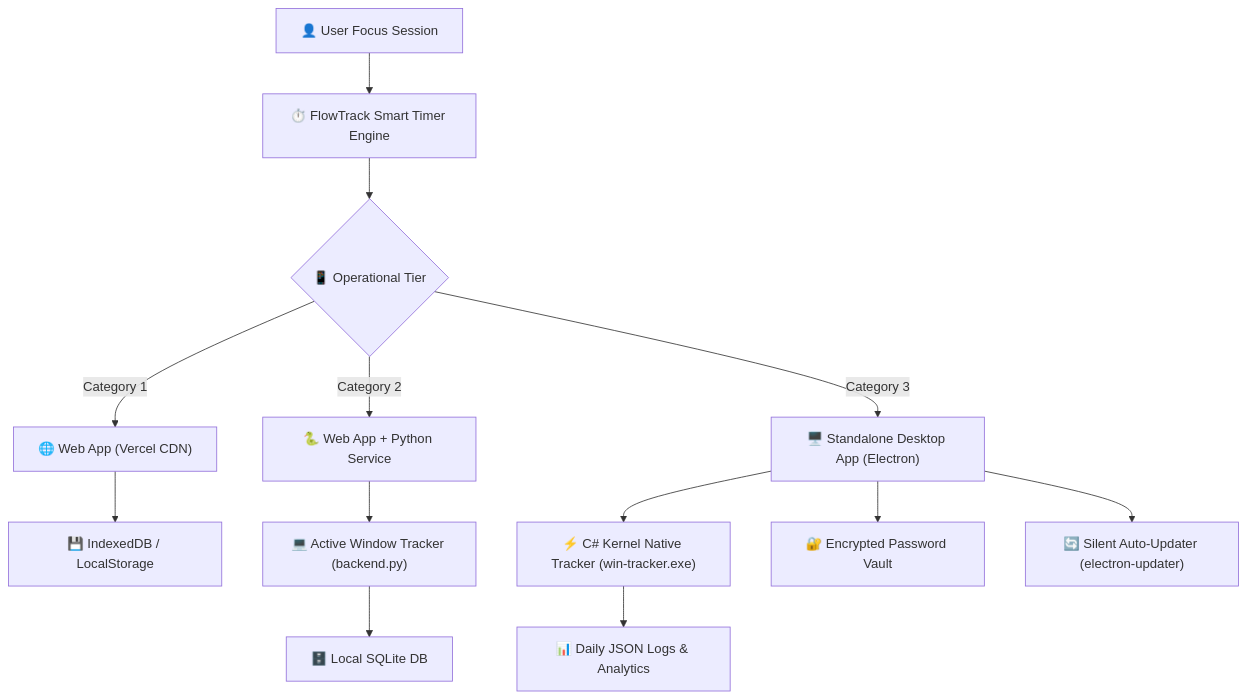
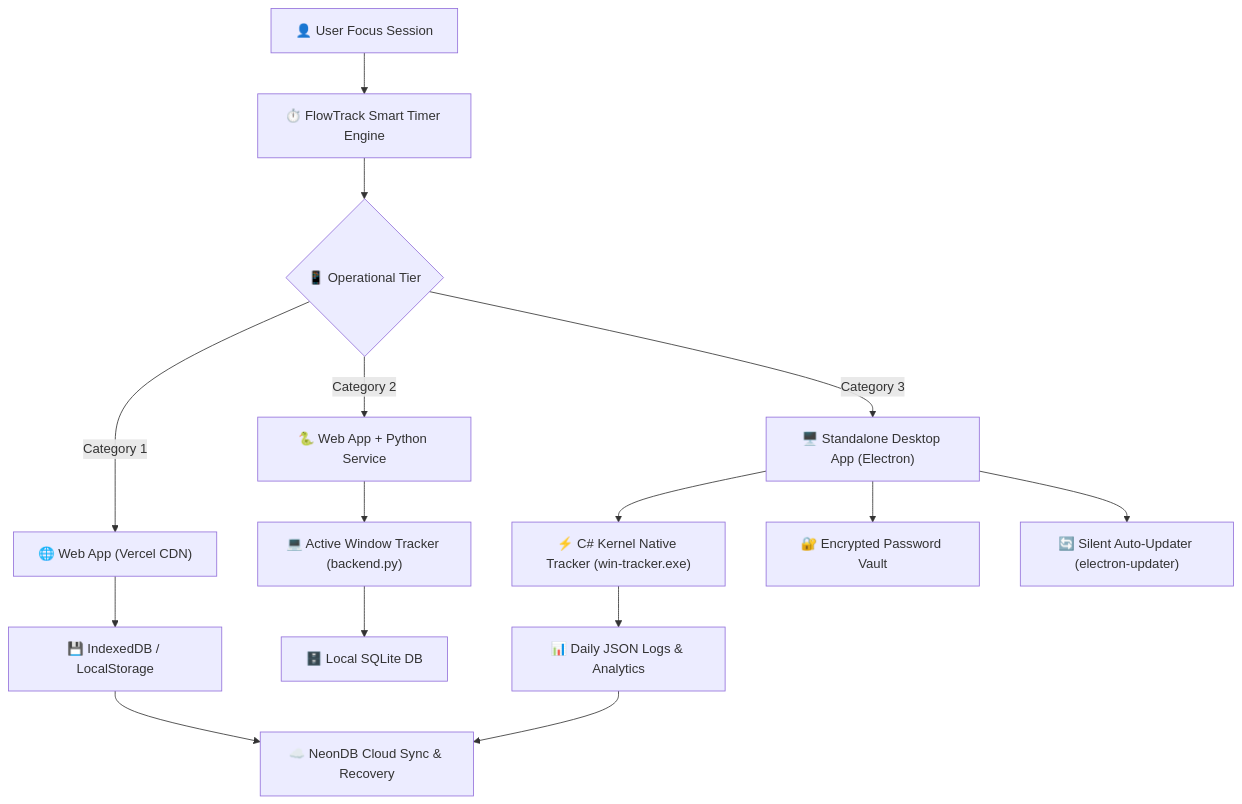
The diagram in README.md (SudhirDevOps1/The-Ultimate-Master-Study-Tracker), drawn with Mermaid before and after one commit. The commit also changed other lines of this file, not shown here.

````diff
--- a/README.md
+++ b/README.md
@@ -170,18 +246,20 @@
 ```mermaid
 graph TD
     A["👤 User Focus Session"] --> B["⏱️ FlowTrack Smart Timer Engine"]
     B --> C{"📱 Operational Tier"}
-    
+
     C -->|"Category 1"| D["🌐 Web App (Vercel CDN)"]
     D --> E["💾 IndexedDB / LocalStorage"]
-    
+    E --> N["☁️ NeonDB Cloud Sync & Recovery"]
+
     C -->|"Category 2"| F["🐍 Web App + Python Service"]
     F --> G["💻 Active Window Tracker (backend.py)"]
     G --> H["🗄️ Local SQLite DB"]
-    
+
     C -->|"Category 3"| I["🖥️ Standalone Desktop App (Electron)"]
     I --> J["⚡ C# Kernel Native Tracker (win-tracker.exe)"]
     I --> K["🔐 Encrypted Password Vault"]
     I --> L["🔄 Silent Auto-Updater (electron-updater)"]
     J --> M["📊 Daily JSON Logs & Analytics"]
+    M --> N
 ```
````
